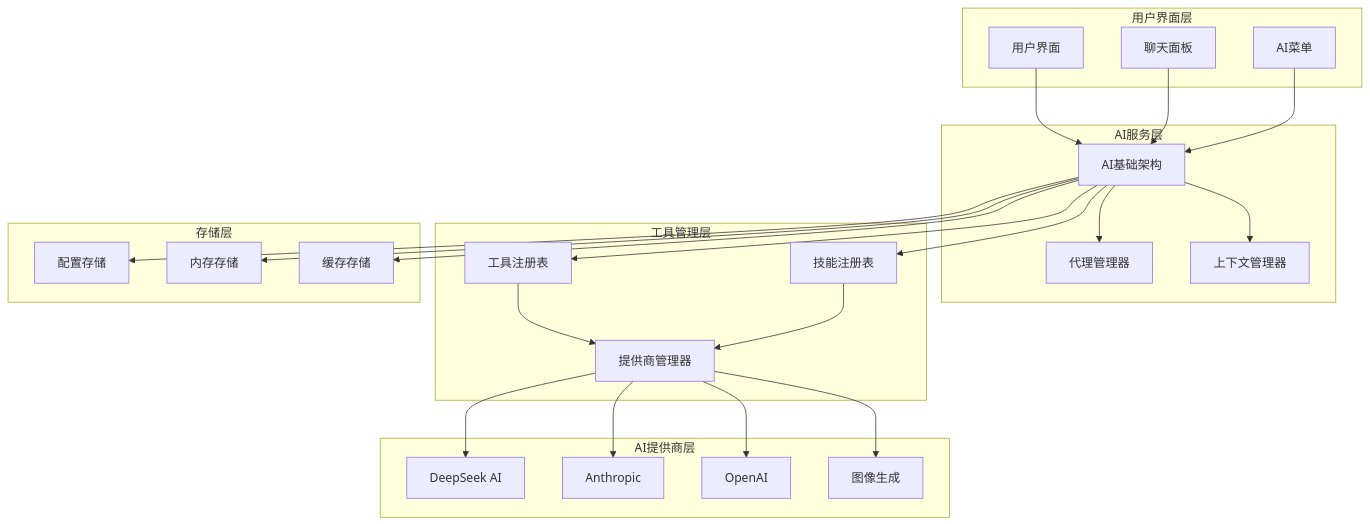
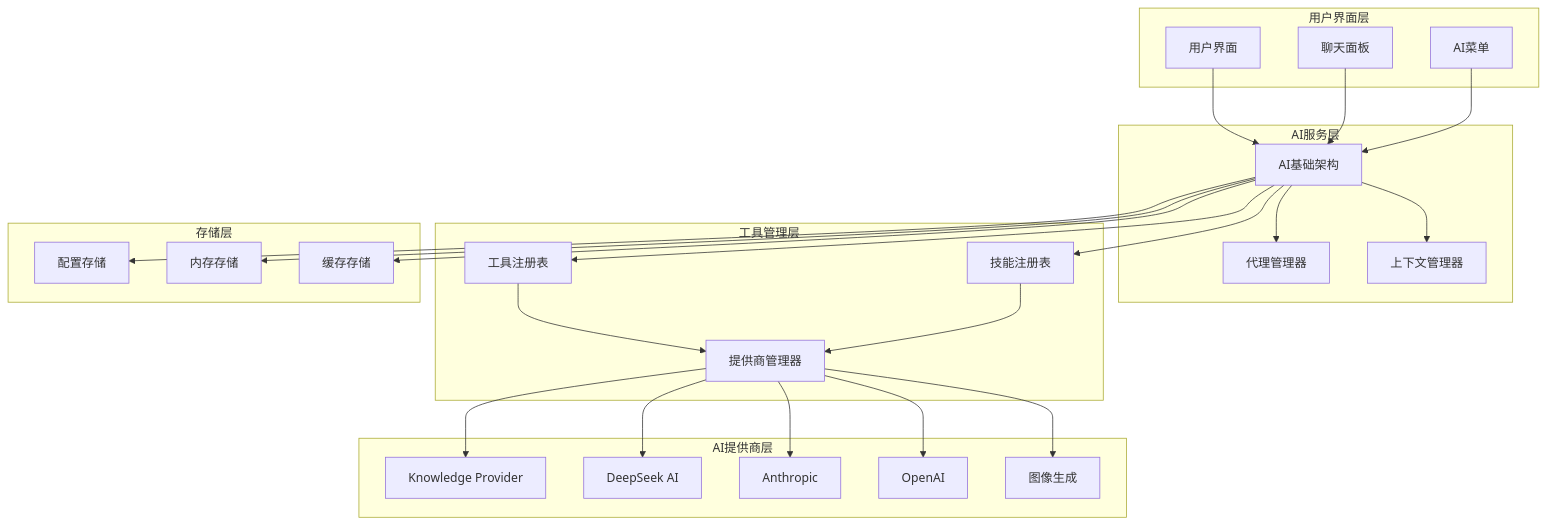
The fourth of 17 diagrams in .qoder/repowiki/zh/content/功能模块/AI插件/AI技能增强.md (LRF0422/Kotion), drawn with Mermaid before and after one commit. The commit also changed other lines of this file and 13 other files, not shown here.

````diff
--- a/.qoder/repowiki/zh/content/功能模块/AI插件/AI技能增强.md
+++ b/.qoder/repowiki/zh/content/功能模块/AI插件/AI技能增强.md
@@ -220,45 +226,47 @@
 ```mermaid
 graph TB
 subgraph "用户界面层"
 UI[用户界面]
 ChatPanel[聊天面板]
 Menu[AI菜单]
 end
 subgraph "AI服务层"
 AIFoundation[AI基础架构]
 AgentManager[代理管理器]
 ContextManager[上下文管理器]
 end
 subgraph "工具管理层"
 ToolRegistry[工具注册表]
 SkillRegistry[技能注册表]
 ProviderManager[提供商管理器]
 end
 subgraph "AI提供商层"
+KnowledgeProvider[Knowledge Provider]
 DeepSeek[DeepSeek AI]
 Anthropic[Anthropic]
 OpenAI[OpenAI]
 ImageGen[图像生成]
 end
 subgraph "存储层"
 ConfigStore[配置存储]
 MemoryStore[内存存储]
 CacheStore[缓存存储]
 end
 UI --> AIFoundation
 ChatPanel --> AIFoundation
 Menu --> AIFoundation
 AIFoundation --> AgentManager
 AIFoundation --> ContextManager
 AIFoundation --> ToolRegistry
 AIFoundation --> SkillRegistry
 ToolRegistry --> ProviderManager
 SkillRegistry --> ProviderManager
+ProviderManager --> KnowledgeProvider
 ProviderManager --> DeepSeek
 ProviderManager --> Anthropic
 ProviderManager --> OpenAI
 ProviderManager --> ImageGen
 AIFoundation --> ConfigStore
 AIFoundation --> MemoryStore
 AIFoundation --> CacheStore
 ```
````
